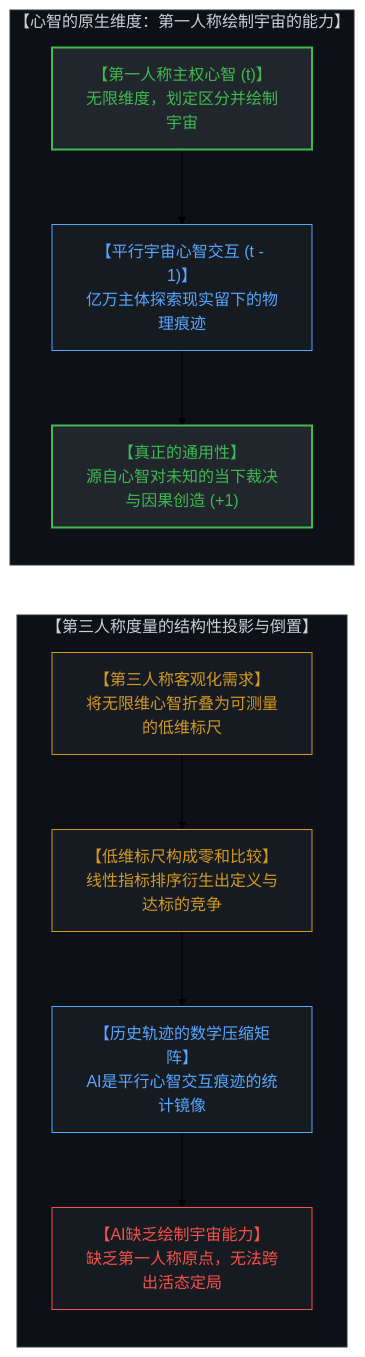
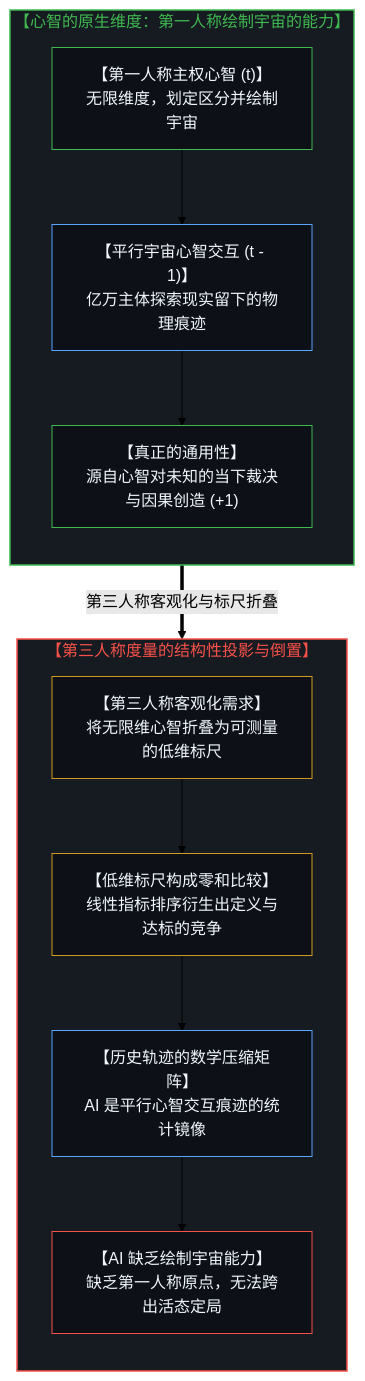
Before and after one commit to powerpig99/not-a-toe: diagram 13 of 16 in content/posts/the-dissolution-of-the-great-reversal.md, drawn with Mermaid (forest theme). The commit also changed other lines of this file and 11 other files, not shown here.

````diff
--- a/content/posts/the-dissolution-of-the-great-reversal.md
+++ b/content/posts/the-dissolution-of-the-great-reversal.md
@@ -587,34 +517,34 @@
 ```mermaid
-graph TD
-    subgraph MindCosmicPainting["【心智的原生维度：第一人称绘制宇宙的能力】"]
+flowchart TD
+    subgraph S_Cosmic["【心智的原生维度：第一人称绘制宇宙的能力】"]
         direction TB
-        SovereignObserver["【第一人称主权心智 (t)】<br>无限维度，划定区分并绘制宇宙"]
-        ParallelMindInteractions["【平行宇宙心智交互 (t - 1)】<br>亿万主体探索现实留下的物理痕迹"]
-        TrueGeneralWisdom["【真正的通用性】<br>源自心智对未知的当下裁决与因果创造 (+1)"]
+        SovereignObserver["【第一人称主权心智 (t)】<br/>无限维度，划定区分并绘制宇宙"]
+        ParallelMindInteractions["【平行宇宙心智交互 (t - 1)】<br/>亿万主体探索现实留下的物理痕迹"]
+        TrueGeneralWisdom["【真正的通用性】<br/>源自心智对未知的当下裁决与因果创造 (+1)"]
         SovereignObserver --> ParallelMindInteractions
         ParallelMindInteractions --> TrueGeneralWisdom
     end
 
-    subgraph AGITraceMirror["【第三人称度量的结构性投影与倒置】"]
+    S_Cosmic ==>|"第三人称客观化与标尺折叠"| S_AGIMirror
+
+    subgraph S_AGIMirror["【第三人称度量的结构性投影与倒置】"]
         direction TB
-        MetricProjection["【第三人称客观化需求】<br>将无限维心智折叠为可测量的低维标尺"]
-        ZeroSumStructure["【低维标尺构成零和比较】<br>线性指标排序衍生出定义与达标的竞争"]
-        ModelCompression["【历史轨迹的数学压缩矩阵】<br>AI是平行心智交互痕迹的统计镜像"]
-        NoUniversePainting["【AI缺乏绘制宇宙能力】<br>缺乏第一人称原点，无法跨出活态定局"]
+        MetricProjection["【第三人称客观化需求】<br/>将无限维心智折叠为可测量的低维标尺"]
+        ZeroSumStructure["【低维标尺构成零和比较】<br/>线性指标排序衍生出定义与达标的竞争"]
+        ModelCompression["【历史轨迹的数学压缩矩阵】<br/>AI 是平行心智交互痕迹的统计镜像"]
+        NoUniversePainting["【AI 缺乏绘制宇宙能力】<br/>缺乏第一人称原点，无法跨出活态定局"]
         MetricProjection --> ZeroSumStructure
         ZeroSumStructure --> ModelCompression
         ModelCompression --> NoUniversePainting
     end
 
-    TrueGeneralWisdom ~~~ MetricProjection
-
-    style MindCosmicPainting fill:#0d1117,stroke:#30363d,stroke-width:1px,color:#c9d1d9
-    style SovereignObserver fill:#21262d,stroke:#3fb950,stroke-width:2px,color:#3fb950
-    style ParallelMindInteractions fill:#161b22,stroke:#58a6ff,stroke-width:1px,color:#58a6ff
-    style TrueGeneralWisdom fill:#21262d,stroke:#3fb950,stroke-width:2px,color:#3fb950
-    style AGITraceMirror fill:#0d1117,stroke:#30363d,stroke-width:1px,color:#c9d1d9
-    style MetricProjection fill:#161b22,stroke:#d29922,stroke-width:1px,color:#d29922
-    style ZeroSumStructure fill:#161b22,stroke:#d29922,stroke-width:1px,color:#d29922
-    style ModelCompression fill:#161b22,stroke:#58a6ff,stroke-width:1px,color:#58a6ff
-    style NoUniversePainting fill:#161b22,stroke:#f85149,stroke-width:1px,color:#f85149
+    style S_Cosmic fill:#161b22,stroke:#3fb950,stroke-width:1.5px,color:#3fb950
+    style S_AGIMirror fill:#161b22,stroke:#f85149,stroke-width:1.5px,color:#f85149
+    style SovereignObserver fill:#0d1117,stroke:#3fb950,stroke-width:1px,color:#f0f6fc
+    style ParallelMindInteractions fill:#0d1117,stroke:#58a6ff,stroke-width:1px,color:#f0f6fc
+    style TrueGeneralWisdom fill:#0d1117,stroke:#3fb950,stroke-width:1px,color:#f0f6fc
+    style MetricProjection fill:#0d1117,stroke:#d29922,stroke-width:1px,color:#f0f6fc
+    style ZeroSumStructure fill:#0d1117,stroke:#d29922,stroke-width:1px,color:#f0f6fc
+    style ModelCompression fill:#0d1117,stroke:#58a6ff,stroke-width:1px,color:#f0f6fc
+    style NoUniversePainting fill:#0d1117,stroke:#f85149,stroke-width:1px,color:#f0f6fc
 ```
````
